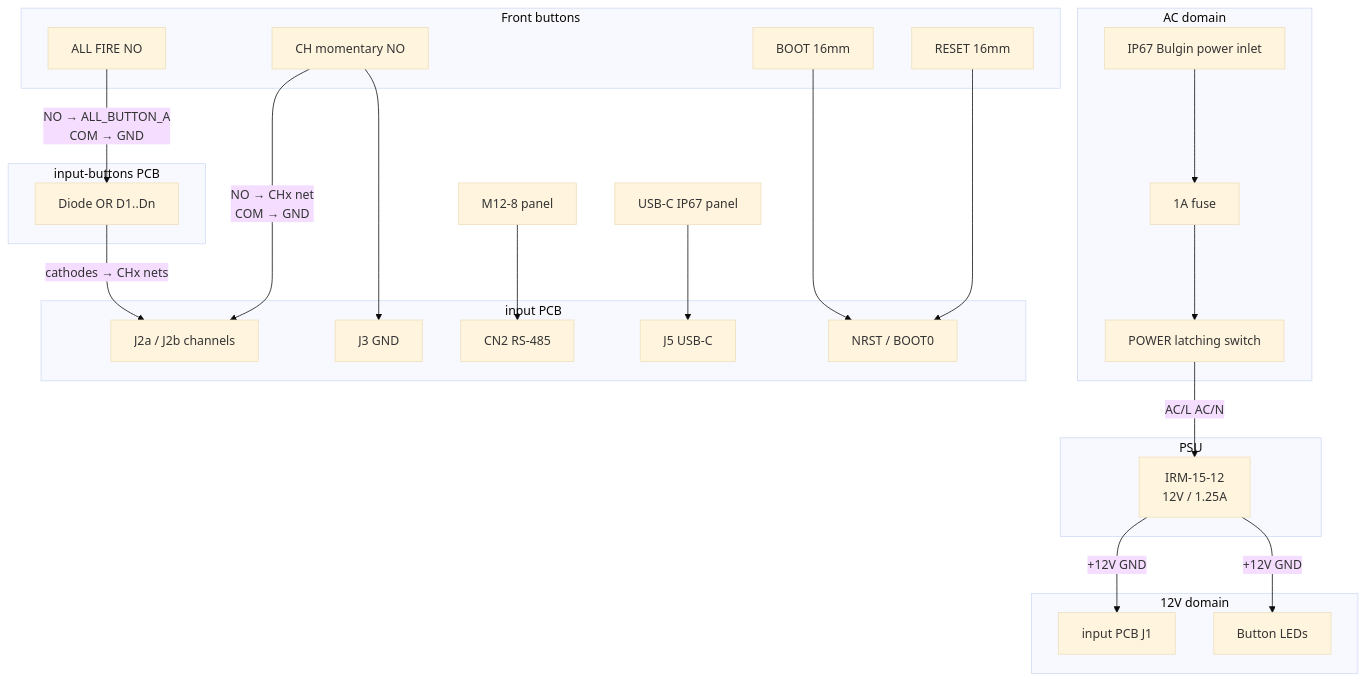
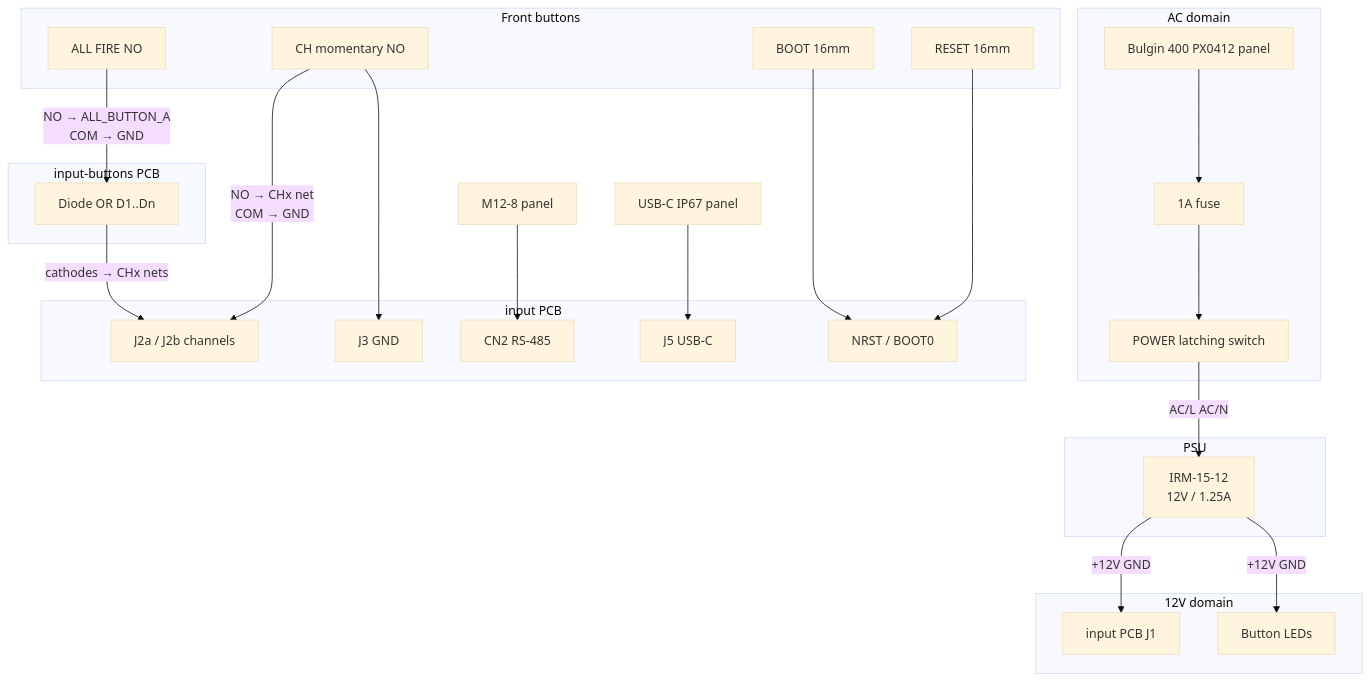
Before and after one commit to twoshark/fire-controllers: the diagram in hardware/v1.0.0/enclosures/WIRING.md, drawn with Mermaid (base theme). The commit also changed 5 other files, not shown here.

````diff
--- a/hardware/v1.0.0/enclosures/WIRING.md
+++ b/hardware/v1.0.0/enclosures/WIRING.md
@@ -7,49 +7,49 @@
 ```mermaid
 flowchart TB
   subgraph AC["AC domain"]
-    IEC[IP67 Bulgin power inlet]
+    IEC[Bulgin 400 PX0412 panel]
     FUSE[1A fuse]
     PWR[POWER latching switch]
     IEC --> FUSE --> PWR
   end
 
   subgraph PSU["PSU"]
     IRM["IRM-15-12\n12V / 1.25A"]
     PWR -->|AC/L AC/N| IRM
   end
 
   subgraph DC["12V domain"]
     J1[input PCB J1]
     LEDS[Button LEDs]
     IRM -->|+12V GND| J1
     IRM -->|+12V GND| LEDS
   end
 
   subgraph BTN["Front buttons"]
     CHx[CH momentary NO]
     ALL[ALL FIRE NO]
     RST[RESET 16mm]
     BOOT[BOOT 16mm]
   end
 
   subgraph DIO["input-buttons PCB"]
     OR[Diode OR D1..Dn]
   end
 
   subgraph MCU["input PCB"]
     J2[J2a / J2b channels]
     J3[J3 GND]
     CN2[CN2 RS-485]
     J5[J5 USB-C]
     SWD[NRST / BOOT0]
   end
 
   CHx -->|NO → CHx net\nCOM → GND| J2
   CHx --> J3
   ALL -->|NO → ALL_BUTTON_A\nCOM → GND| OR
   OR -->|cathodes → CHx nets| J2
   RST --> SWD
   BOOT --> SWD
   M12[M12-8 panel] --> CN2
   USBP[USB-C IP67 panel] --> J5
 ```
````
